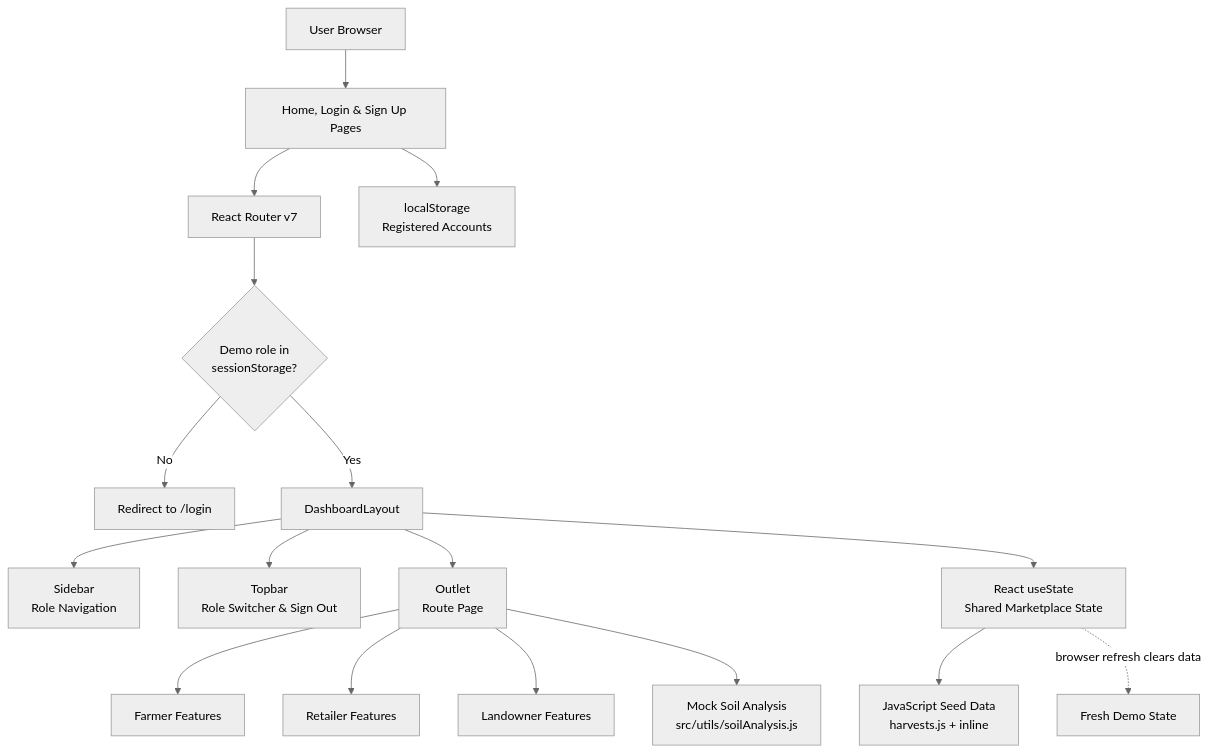
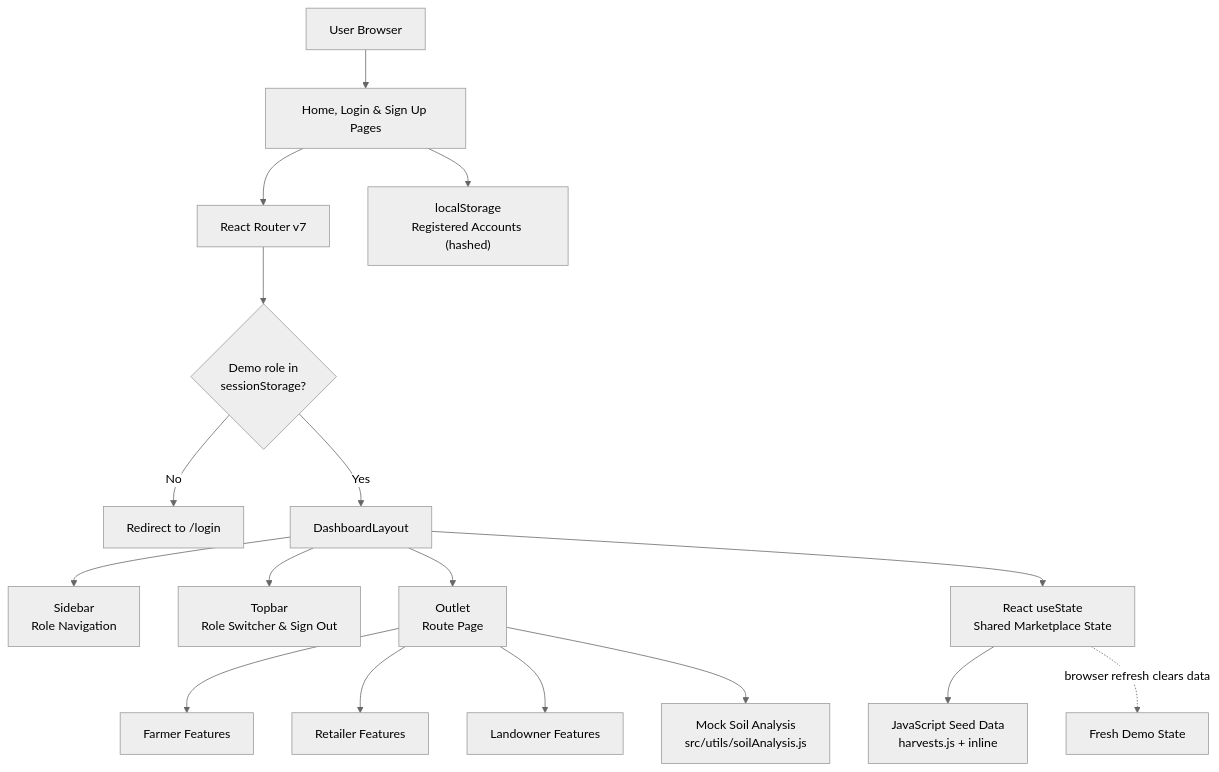
The first of 2 diagrams in README.md (Rizzwan07/Farm2Retail), drawn with Mermaid (neutral theme) before and after one commit. The commit also changed other lines of this file and 15 other files, not shown here.

````diff
--- a/README.md
+++ b/README.md
@@ -155,19 +169,19 @@
 ```mermaid
 flowchart TD
     Browser[User Browser] --> Public["Home, Login & Sign Up Pages"]
     Public --> Router[React Router v7]
     Router --> Guard{Demo role in\nsessionStorage?}
     Guard -- No --> Login[Redirect to /login]
     Guard -- Yes --> Shell[DashboardLayout]
     Shell --> Sidebar[Sidebar\nRole Navigation]
     Shell --> Topbar[Topbar\nRole Switcher & Sign Out]
     Shell --> Outlet[Outlet\nRoute Page]
     Outlet --> Farmer[Farmer Features]
     Outlet --> Retailer[Retailer Features]
     Outlet --> Landowner[Landowner Features]
     Shell --> State[React useState\nShared Marketplace State]
     State --> SeedData["JavaScript Seed Data\nharvests.js + inline"]
-    Public --> LocalStorage["localStorage\nRegistered Accounts"]
+    Public --> LocalStorage["localStorage\nRegistered Accounts (hashed)"]
     Outlet --> Soil["Mock Soil Analysis\nsrc/utils/soilAnalysis.js"]
     State -. browser refresh clears data .-> Reset[Fresh Demo State]
 ```
````
